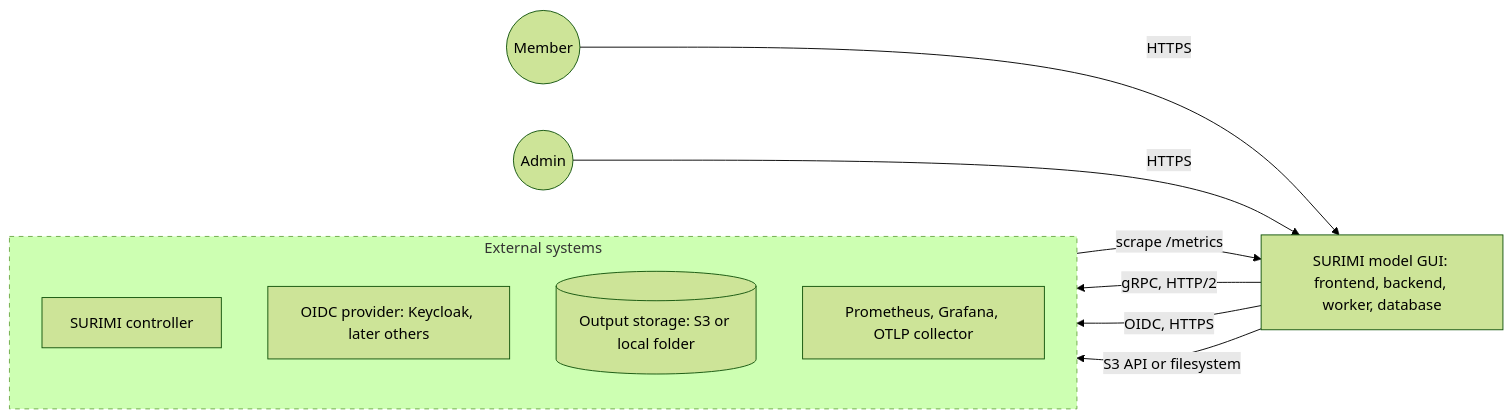
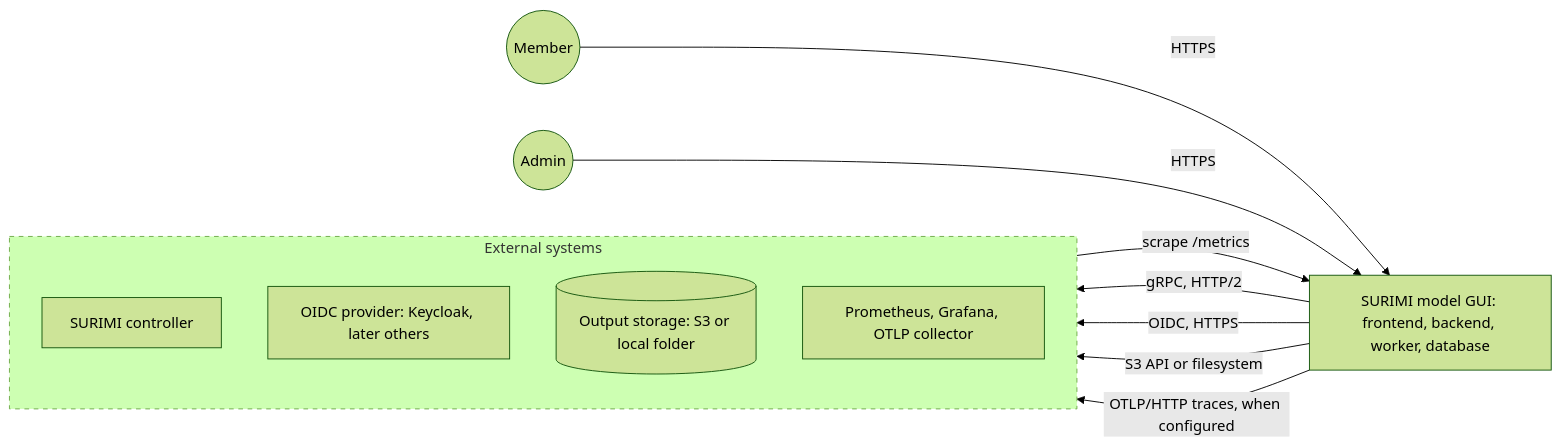
One commit to SURIMI-Project/SURIMI-modelgui changed the second of 9 diagrams in docs/ARCHITECTURE.md. Above: the diagram before and after it, drawn with Mermaid (forest theme). The commit also changed other lines of this file and 63 other files, not shown here.

````diff
--- a/docs/ARCHITECTURE.md
+++ b/docs/ARCHITECTURE.md
@@ -124,20 +124,21 @@
 ```mermaid
 flowchart LR
     user(("Member"))
     admin(("Admin"))
     sys["SURIMI model GUI: frontend, backend, worker, database"]
     subgraph ext [External systems]
         direction TB
         ctrl["SURIMI controller"]
         kc["OIDC provider: Keycloak, later others"]
         store[("Output storage: S3 or local folder")]
         obs["Prometheus, Grafana, OTLP collector"]
     end
     user -->|HTTPS| sys
     admin -->|HTTPS| sys
     sys -->|"gRPC, HTTP/2"| ctrl
     sys -->|"OIDC, HTTPS"| kc
     sys -->|"S3 API or filesystem"| store
     obs -->|"scrape /metrics"| sys
+    sys -->|"OTLP/HTTP traces, when configured"| obs
     style ext stroke-dasharray: 5 5
 ```
````
